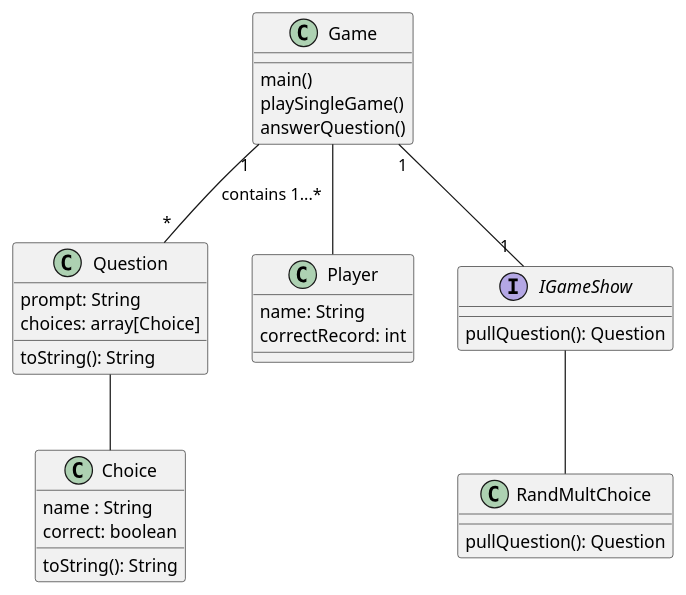
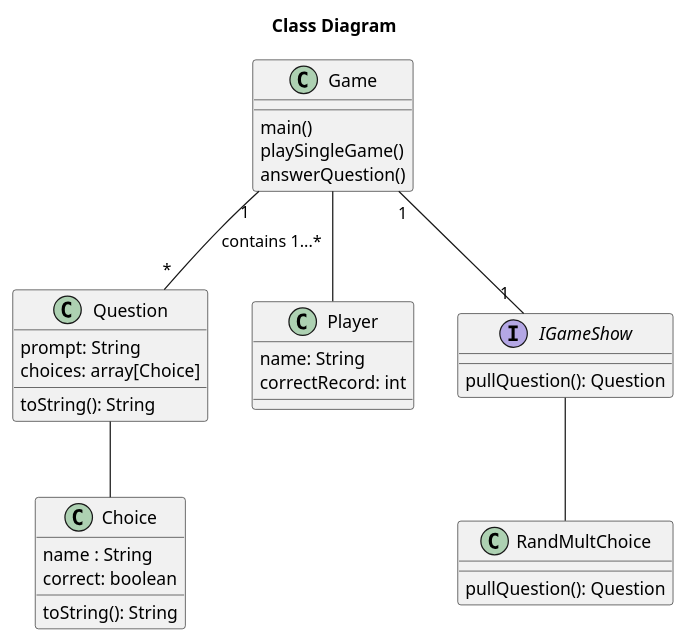
The first of 4 diagrams in doc/design.md (aczar09/Trivia-Game-Android), drawn with PlantUML before and after one commit. The commit also changed other lines of this file, not shown here.

Commit message:
Added new sequence diagrams describing question retrieval

````diff
--- a/doc/design.md
+++ b/doc/design.md
@@ -11,34 +11,35 @@
 ```plantuml
+title Class Diagram
 ' classes
 class Game{
 main()
 playSingleGame()
 answerQuestion()
 }
 class Question{
     prompt: String
     choices: array[Choice]
     toString(): String
     
 }
 class Choice{
     name : String
     correct: boolean
     toString(): String
 }
 class Player{
 name: String
 correctRecord: int
 }
 interface IGameShow{
     pullQuestion(): Question
 }
 Game "1" -- "*" Question : contains 1...*
 Question -- Choice
 Game -- Player
 Game "1"-- " 1 " IGameShow
 class RandMultChoice{
     pullQuestion(): Question
 }
 IGameShow -- RandMultChoice
 ```
````
